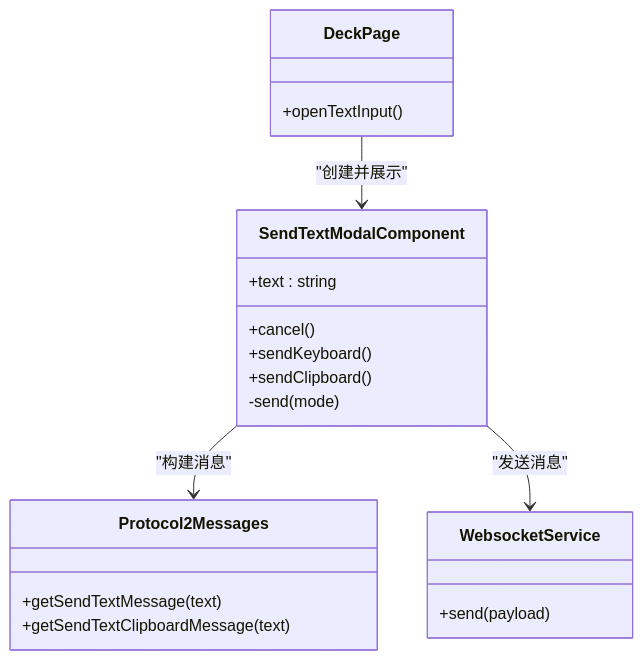
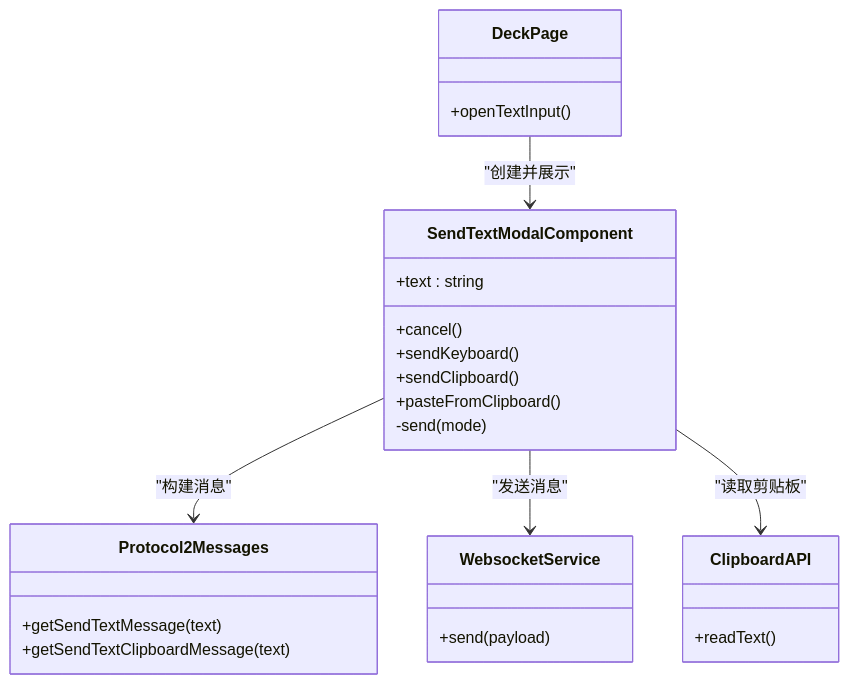
The fourth of 4 diagrams in .qoder/repowiki/zh/content/核心功能模块/文本发送功能.md (tea4go/Macro-Deck-Client-App), drawn with Mermaid before and after one commit. The commit also changed other lines of this file and 39 other files, not shown here.

````diff
--- a/.qoder/repowiki/zh/content/核心功能模块/文本发送功能.md
+++ b/.qoder/repowiki/zh/content/核心功能模块/文本发送功能.md
@@ -168,23 +200,28 @@
 ```mermaid
 classDiagram
 class DeckPage {
 +openTextInput()
 }
 class SendTextModalComponent {
 +text : string
 +cancel()
 +sendKeyboard()
 +sendClipboard()
++pasteFromClipboard()
 -send(mode)
 }
 class Protocol2Messages {
 +getSendTextMessage(text)
 +getSendTextClipboardMessage(text)
 }
 class WebsocketService {
 +send(payload)
 }
+class ClipboardAPI {
++readText()
+}
 DeckPage --> SendTextModalComponent : "创建并展示"
 SendTextModalComponent --> Protocol2Messages : "构建消息"
 SendTextModalComponent --> WebsocketService : "发送消息"
+SendTextModalComponent --> ClipboardAPI : "读取剪贴板"
 ```
````
